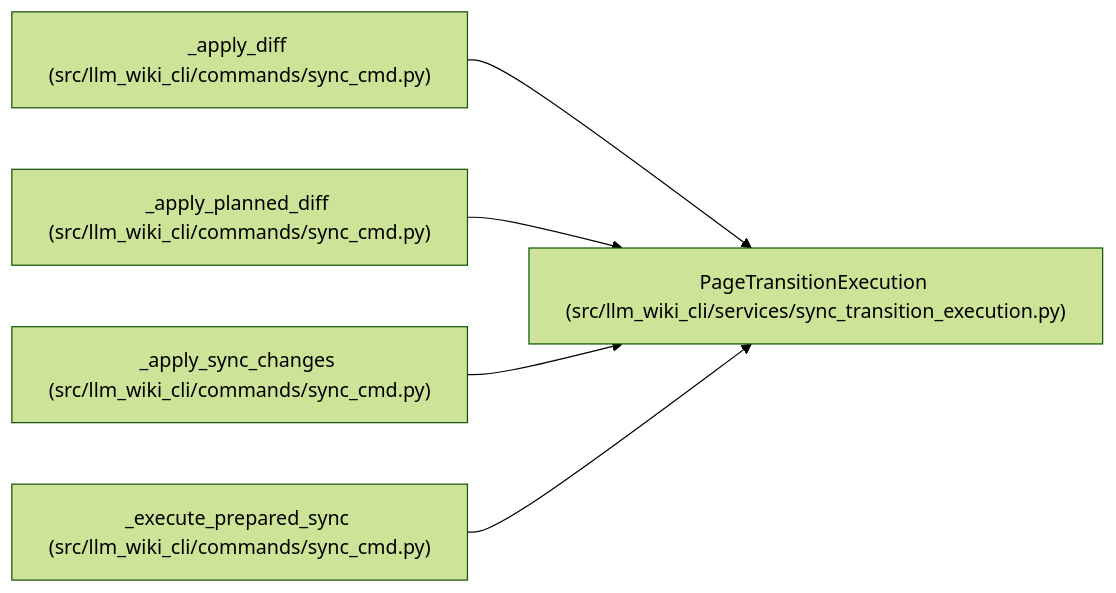
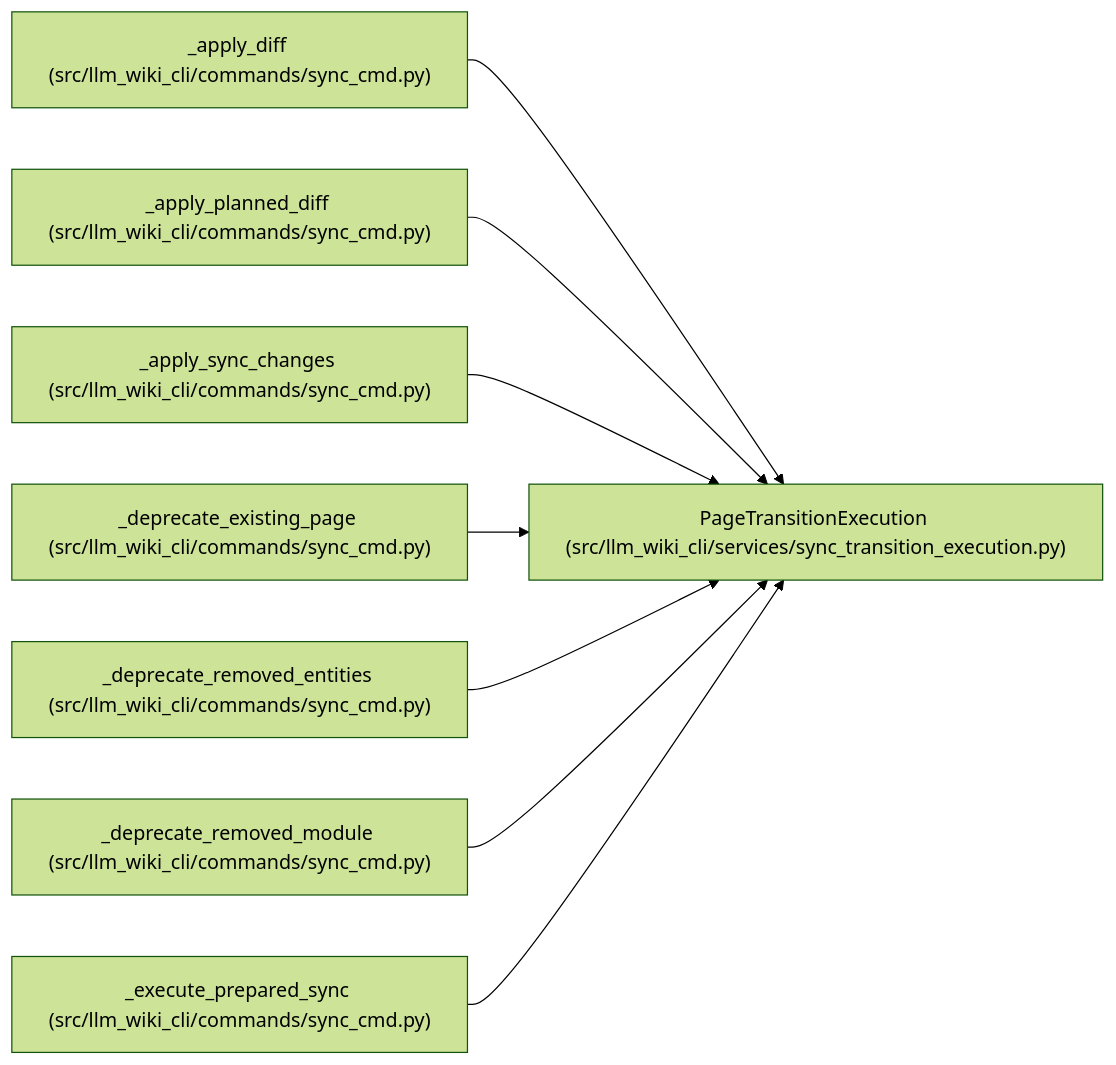
One commit to Denissvgn/python-wiki-llm changed the diagram in docs/llm_wiki/entities/PageTransitionExecution.md. Above: the diagram before and after it, drawn with Mermaid (forest theme). The commit also changed other lines of this file and 265 other files, not shown here.

````diff
--- a/docs/llm_wiki/entities/PageTransitionExecution.md
+++ b/docs/llm_wiki/entities/PageTransitionExecution.md
@@ -38,17 +38,26 @@
 ```mermaid
 flowchart LR
     n0["PageTransitionExecution (src/llm_wiki_cli/services/sync_transition_execution.py)"]
     n1["_apply_diff (src/llm_wiki_cli/commands/sync_cmd.py)"]
     n2["_apply_planned_diff (src/llm_wiki_cli/commands/sync_cmd.py)"]
     n3["_apply_sync_changes (src/llm_wiki_cli/commands/sync_cmd.py)"]
-    n4["_execute_prepared_sync (src/llm_wiki_cli/commands/sync_cmd.py)"]
+    n4["_deprecate_existing_page (src/llm_wiki_cli/commands/sync_cmd.py)"]
+    n5["_deprecate_removed_entities (src/llm_wiki_cli/commands/sync_cmd.py)"]
+    n6["_deprecate_removed_module (src/llm_wiki_cli/commands/sync_cmd.py)"]
+    n7["_execute_prepared_sync (src/llm_wiki_cli/commands/sync_cmd.py)"]
     n1 --> n0
     n2 --> n0
     n3 --> n0
     n4 --> n0
+    n5 --> n0
+    n6 --> n0
+    n7 --> n0
     click n0 "../modules/sync_transition_execution.md"
     click n1 "../modules/sync_cmd.md"
     click n2 "../modules/sync_cmd.md"
     click n3 "../modules/sync_cmd.md"
     click n4 "../modules/sync_cmd.md"
+    click n5 "../modules/sync_cmd.md"
+    click n6 "../modules/sync_cmd.md"
+    click n7 "../modules/sync_cmd.md"
 ```
````
